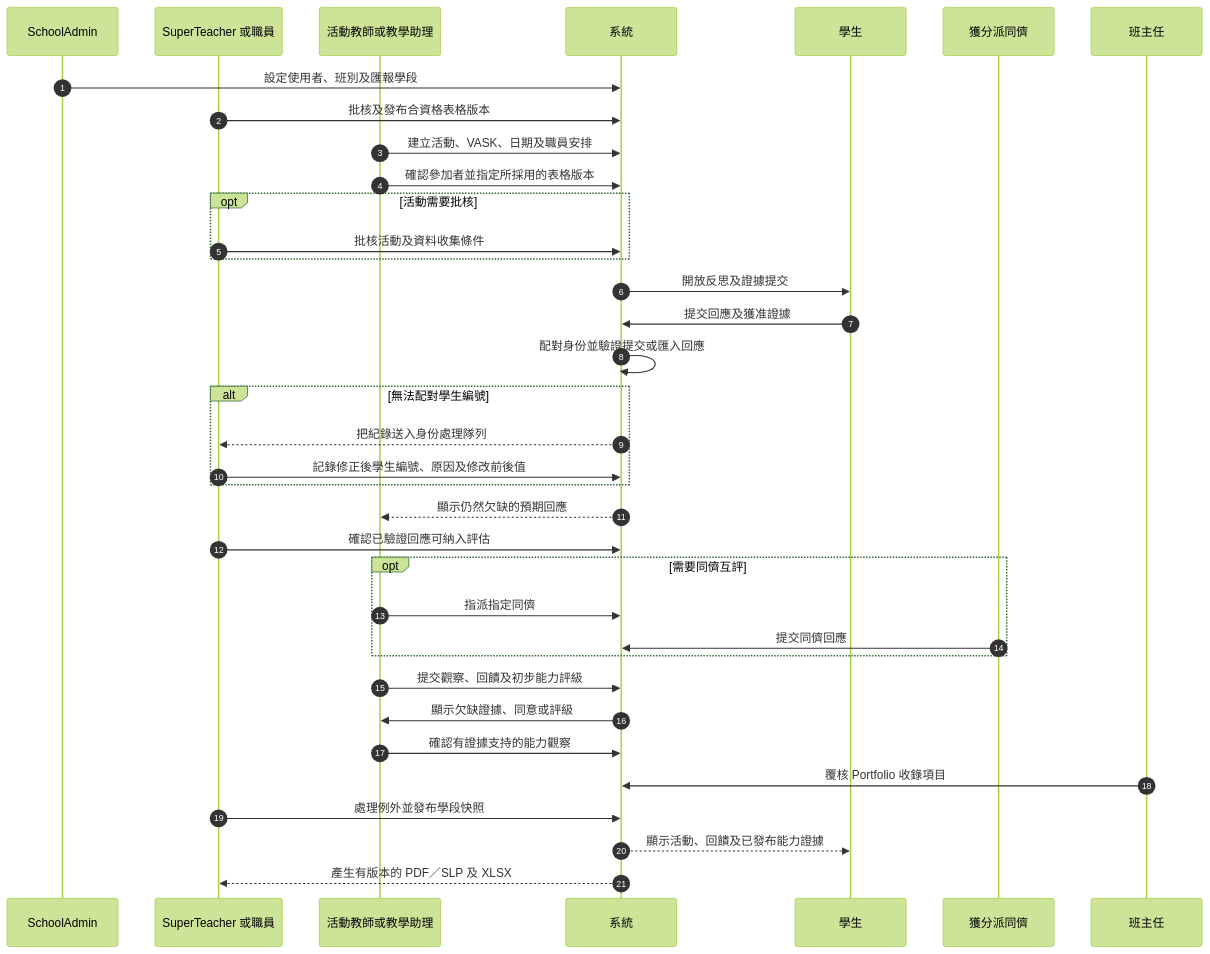
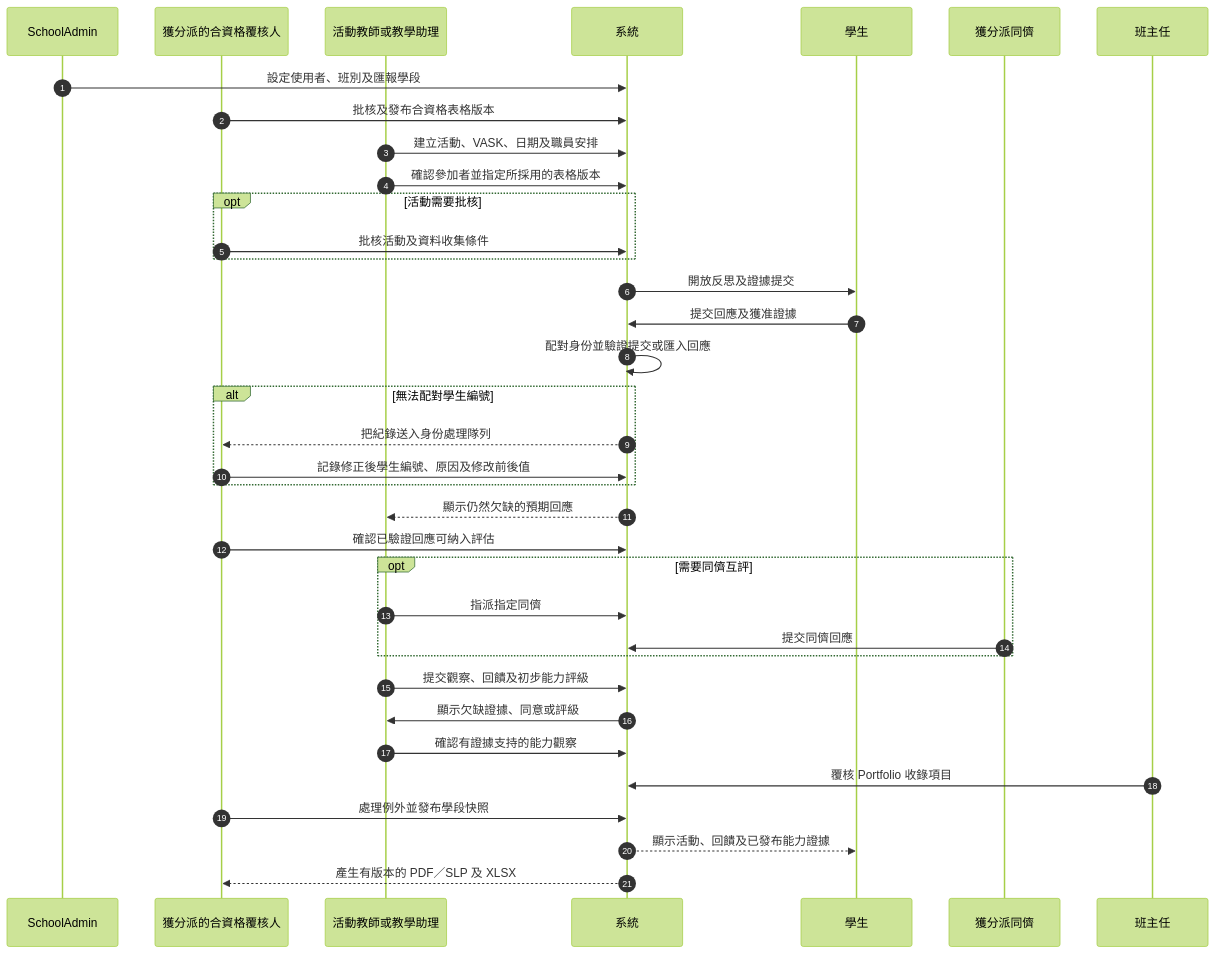
The fifth of 13 diagrams in output/Chinese/核心資料關係.md (heison-octopus/testing-port), drawn with Mermaid (forest theme) before and after one commit. The commit also changed other lines of this file and 117 other files, not shown here.

````diff
--- a/output/Chinese/核心資料關係.md
+++ b/output/Chinese/核心資料關係.md
@@ -306,39 +341,39 @@
 ```mermaid
 sequenceDiagram
     autonumber
     participant Admin as SchoolAdmin
-    participant Staff as SuperTeacher 或職員
+    participant Staff as 獲分派的合資格覆核人
     participant Teacher as 活動教師或教學助理
     participant System as 系統
     participant Student as 學生
     participant Peer as 獲分派同儕
     participant Class as 班主任
 
     Admin->>System: 設定使用者、班別及匯報學段
     Staff->>System: 批核及發布合資格表格版本
     Teacher->>System: 建立活動、VASK、日期及職員安排
     Teacher->>System: 確認參加者並指定所採用的表格版本
     opt 活動需要批核
         Staff->>System: 批核活動及資料收集條件
     end
     System->>Student: 開放反思及證據提交
     Student->>System: 提交回應及獲准證據
     System->>System: 配對身份並驗證提交或匯入回應
     alt 無法配對學生編號
         System-->>Staff: 把紀錄送入身份處理隊列
         Staff->>System: 記錄修正後學生編號、原因及修改前後值
     end
     System-->>Teacher: 顯示仍然欠缺的預期回應
     Staff->>System: 確認已驗證回應可納入評估
     opt 需要同儕互評
         Teacher->>System: 指派指定同儕
         Peer->>System: 提交同儕回應
     end
     Teacher->>System: 提交觀察、回饋及初步能力評級
     System->>Teacher: 顯示欠缺證據、同意或評級
     Teacher->>System: 確認有證據支持的能力觀察
     Class->>System: 覆核 Portfolio 收錄項目
     Staff->>System: 處理例外並發布學段快照
     System-->>Student: 顯示活動、回饋及已發布能力證據
     System-->>Staff: 產生有版本的 PDF／SLP 及 XLSX
 ```
````
